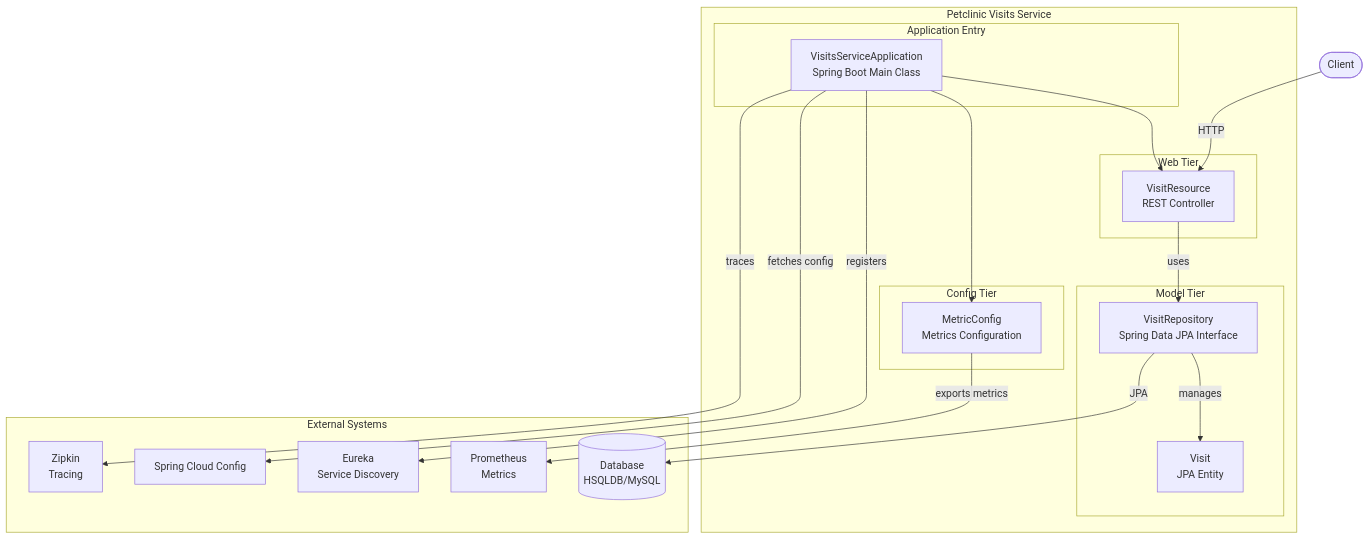
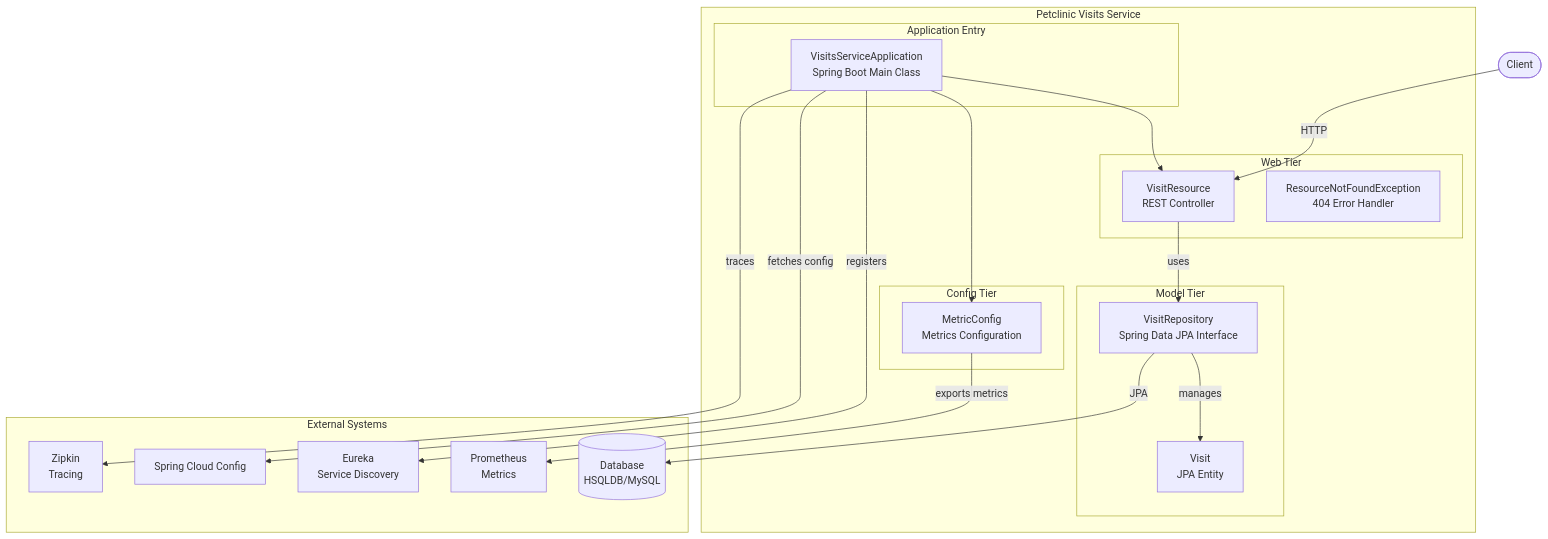
One commit to audoclyphia-evals/petclinic-visits-service changed the second of 4 diagrams in ARCHITECTURE.md. Above: the diagram before and after it, drawn with Mermaid. The commit also changed other lines of this file and 9 other files, not shown here.

````diff
--- a/ARCHITECTURE.md
+++ b/ARCHITECTURE.md
@@ -13,48 +62,49 @@
 ```mermaid
 flowchart TB
     %% Petclinic Visits Service Architecture
     %% Based on repository context
     
     client([Client])
     
     subgraph Visits_Service [Petclinic Visits Service]
         subgraph Entry_Point [Application Entry]
             VisitsServiceApplication[VisitsServiceApplication<br/>Spring Boot Main Class]
         end
         
         subgraph Web_Tier [Web Tier]
             VisitResource[VisitResource<br/>REST Controller]
+            ResourceNotFoundException[ResourceNotFoundException<br/>404 Error Handler]
         end
         
         subgraph Model_Tier [Model Tier]
             Visit[Visit<br/>JPA Entity]
             VisitRepository[VisitRepository<br/>Spring Data JPA Interface]
         end
         
         subgraph Config_Tier [Config Tier]
             MetricConfig[MetricConfig<br/>Metrics Configuration]
         end
     end
     
     subgraph External_Systems [External Systems]
         Database[(Database<br/>HSQLDB/MySQL)]
         Eureka[Eureka<br/>Service Discovery]
         ConfigServer[Spring Cloud Config]
         Prometheus[Prometheus<br/>Metrics]
         Zipkin[Zipkin<br/>Tracing]
     end
     
     %% Internal relationships
     VisitsServiceApplication --> VisitResource
     VisitsServiceApplication --> MetricConfig
     VisitResource -->|uses| VisitRepository
     VisitRepository -->|manages| Visit
     
     %% External connections
     client -->|HTTP| VisitResource
     VisitRepository -->|JPA| Database
     VisitsServiceApplication -->|registers| Eureka
     VisitsServiceApplication -->|fetches config| ConfigServer
     MetricConfig -->|exports metrics| Prometheus
     VisitsServiceApplication -->|traces| Zipkin
 ```
````
